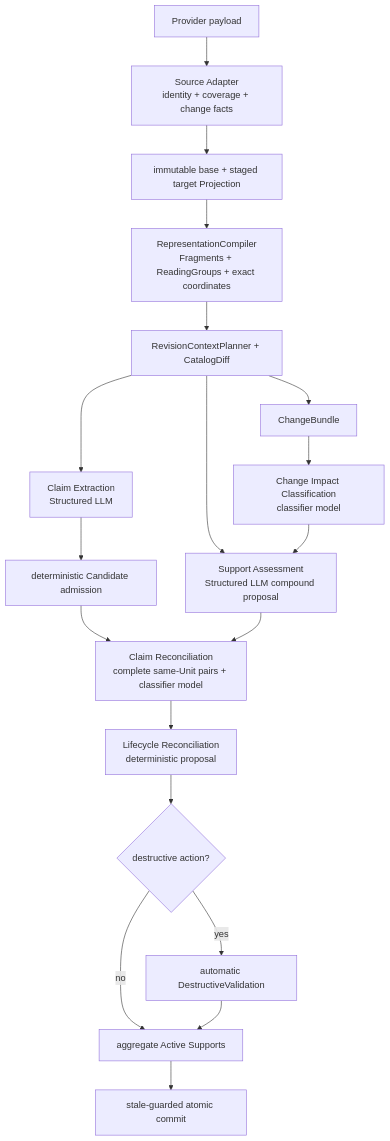
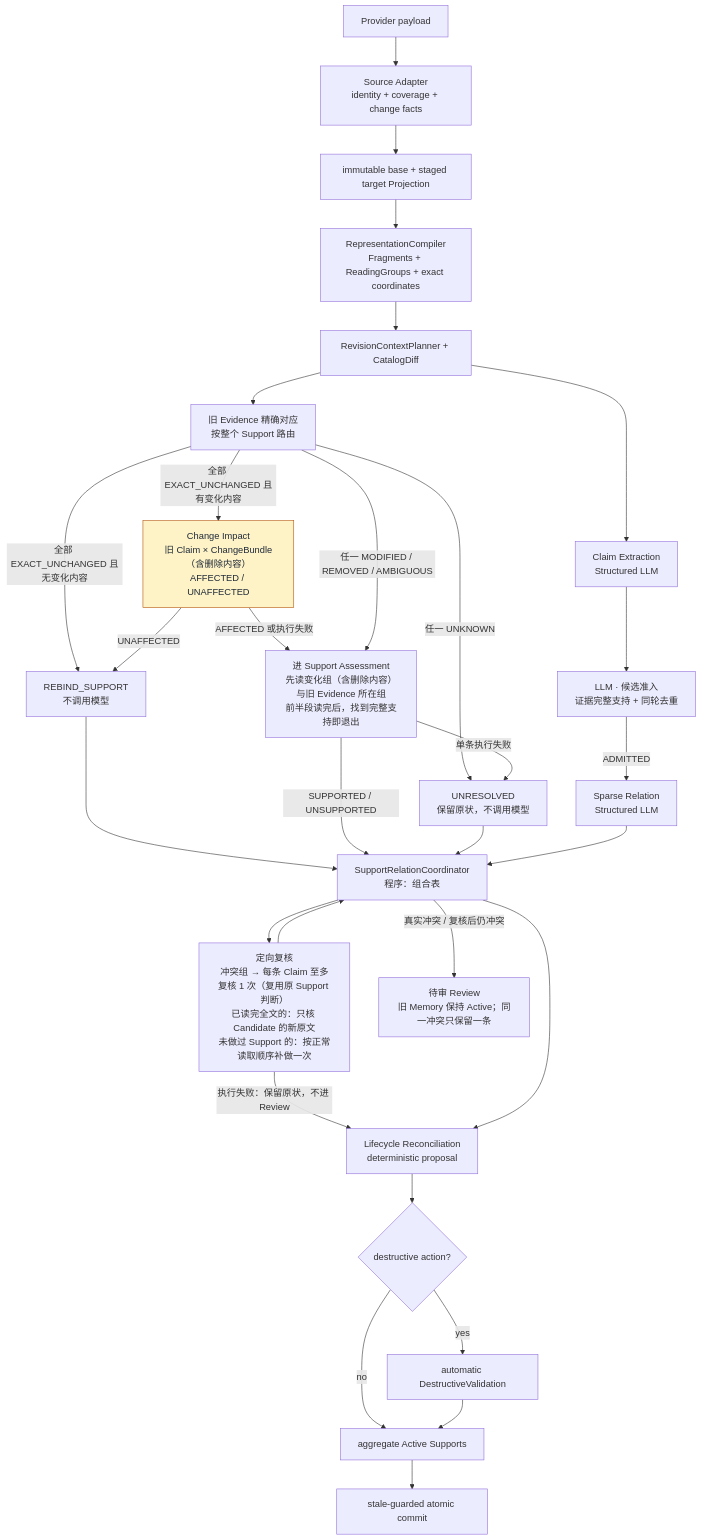
Before and after one commit to shno-labs/mem-forge: the first of 2 diagrams in docs/design/source-sync-to-memory.md, drawn with Mermaid. The commit also changed other lines of this file and 12 other files, not shown here.

Commit message:
docs: define ordered Support reading, Support-Relation coordination and the shared LLM batch runner

````diff
--- a/docs/design/source-sync-to-memory.md
+++ b/docs/design/source-sync-to-memory.md
@@ -29,28 +31,52 @@
 ```mermaid
 flowchart TD
     A[Provider payload] --> B[Source Adapter
 identity + coverage + change facts]
     B --> C[immutable base + staged target Projection]
     C --> R[RepresentationCompiler
 Fragments + ReadingGroups + exact coordinates]
     R --> D[RevisionContextPlanner + CatalogDiff]
     D --> E[Claim Extraction
 Structured LLM]
-    D --> X[ChangeBundle]
-    X --> Y[Change Impact Classification
-classifier model]
-    D --> F[Support Assessment
-Structured LLM compound proposal]
-    Y --> F
-    E --> G[deterministic Candidate admission]
-    G --> H[Claim Reconciliation
-complete same-Unit pairs + classifier model]
-    F --> H
-    H --> I[Lifecycle Reconciliation
+    E --> G[LLM · 候选准入
+证据完整支持 + 同轮去重]
+    G -->|ADMITTED| H[Sparse Relation
+Structured LLM]
+    D --> P[旧 Evidence 精确对应
+按整个 Support 路由]
+    P -->|全部 EXACT_UNCHANGED 且无变化内容| RB[REBIND_SUPPORT
+不调用模型]
+    P -->|全部 EXACT_UNCHANGED 且有变化内容| Y[Change Impact
+旧 Claim × ChangeBundle（含删除内容）
+AFFECTED / UNAFFECTED]
+    Y -->|UNAFFECTED| RB
+    Y -->|AFFECTED 或执行失败| F[进 Support Assessment
+先读变化组（含删除内容）与旧 Evidence 所在组
+前半段读完后，找到完整支持即退出]
+    P -->|任一 MODIFIED / REMOVED / AMBIGUOUS| F
+    P -->|任一 UNKNOWN| U[UNRESOLVED
+保留原状，不调用模型]
+    F -->|单条执行失败| U
+    RB --> CO[SupportRelationCoordinator
+程序：组合表]
+    F -->|SUPPORTED / UNSUPPORTED| CO
+    U --> CO
+    H --> CO
+    CO --> RC[定向复核
+冲突组 → 每条 Claim 至多复核 1 次（复用原 Support 判断）
+已读完全文的：只核 Candidate 的新原文
+未做过 Support 的：按正常读取顺序补做一次]
+    RC --> CO
+    RC -->|执行失败：保留原状，不进 Review| I
+    CO -->|真实冲突 / 复核后仍冲突| RV[待审 Review
+旧 Memory 保持 Active；同一冲突只保留一条]
+    CO --> I[Lifecycle Reconciliation
 deterministic proposal]
     I --> J{destructive action?}
     J -- no --> L[aggregate Active Supports]
     J -- yes --> K[automatic DestructiveValidation]
     K --> L
     L --> M[stale-guarded atomic commit]
+    classDef classifier fill:#fef3c7,stroke:#b45309,color:#1f2937
+    class Y classifier
 ```
````
